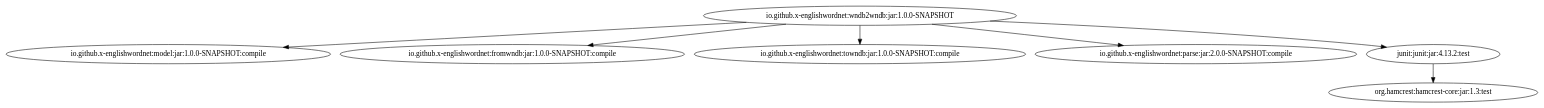
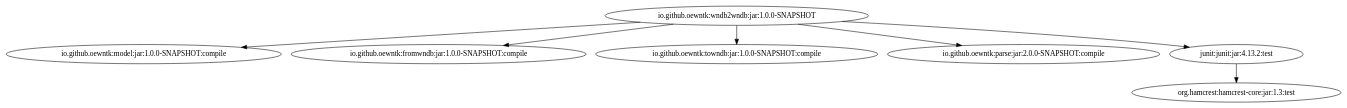
One commit to oewntk/grind_wndb2wndb changed the diagram in images/grind-wndb2wndb.dot. Above: the diagram before and after it, drawn with Graphviz. The commit also changed 3 other files, not shown here.

```diff
--- a/images/grind-wndb2wndb.dot
+++ b/images/grind-wndb2wndb.dot
@@ -1,8 +1,8 @@
-digraph "io.github.x-englishwordnet:wndb2wndb:jar:1.0.0-SNAPSHOT" { 
-	"io.github.x-englishwordnet:wndb2wndb:jar:1.0.0-SNAPSHOT" -> "io.github.x-englishwordnet:model:jar:1.0.0-SNAPSHOT:compile" ; 
-	"io.github.x-englishwordnet:wndb2wndb:jar:1.0.0-SNAPSHOT" -> "io.github.x-englishwordnet:fromwndb:jar:1.0.0-SNAPSHOT:compile" ; 
-	"io.github.x-englishwordnet:wndb2wndb:jar:1.0.0-SNAPSHOT" -> "io.github.x-englishwordnet:towndb:jar:1.0.0-SNAPSHOT:compile" ; 
-	"io.github.x-englishwordnet:wndb2wndb:jar:1.0.0-SNAPSHOT" -> "io.github.x-englishwordnet:parse:jar:2.0.0-SNAPSHOT:compile" ; 
-	"io.github.x-englishwordnet:wndb2wndb:jar:1.0.0-SNAPSHOT" -> "junit:junit:jar:4.13.2:test" ; 
+digraph "io.github.oewntk:wndb2wndb:jar:1.0.0-SNAPSHOT" {
+	"io.github.oewntk:wndb2wndb:jar:1.0.0-SNAPSHOT" -> "io.github.oewntk:model:jar:1.0.0-SNAPSHOT:compile" ;
+	"io.github.oewntk:wndb2wndb:jar:1.0.0-SNAPSHOT" -> "io.github.oewntk:fromwndb:jar:1.0.0-SNAPSHOT:compile" ;
+	"io.github.oewntk:wndb2wndb:jar:1.0.0-SNAPSHOT" -> "io.github.oewntk:towndb:jar:1.0.0-SNAPSHOT:compile" ;
+	"io.github.oewntk:wndb2wndb:jar:1.0.0-SNAPSHOT" -> "io.github.oewntk:parse:jar:2.0.0-SNAPSHOT:compile" ;
+	"io.github.oewntk:wndb2wndb:jar:1.0.0-SNAPSHOT" -> "junit:junit:jar:4.13.2:test" ;
 	"junit:junit:jar:4.13.2:test" -> "org.hamcrest:hamcrest-core:jar:1.3:test" ; 
  } 
```
